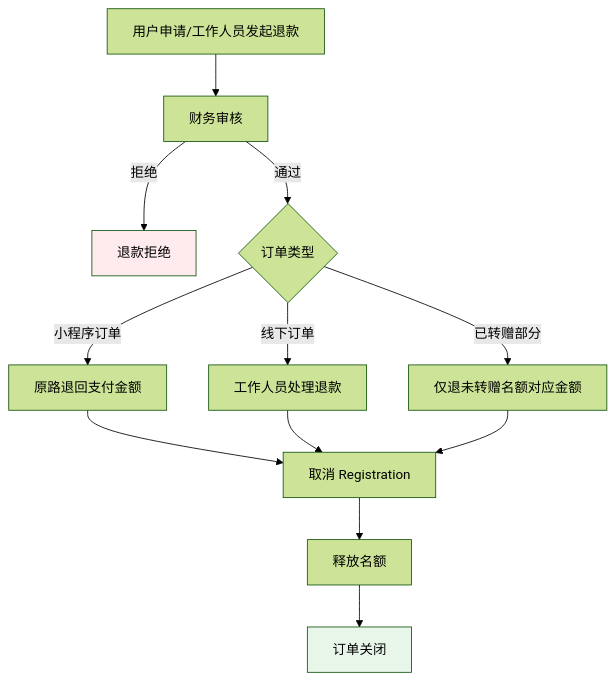
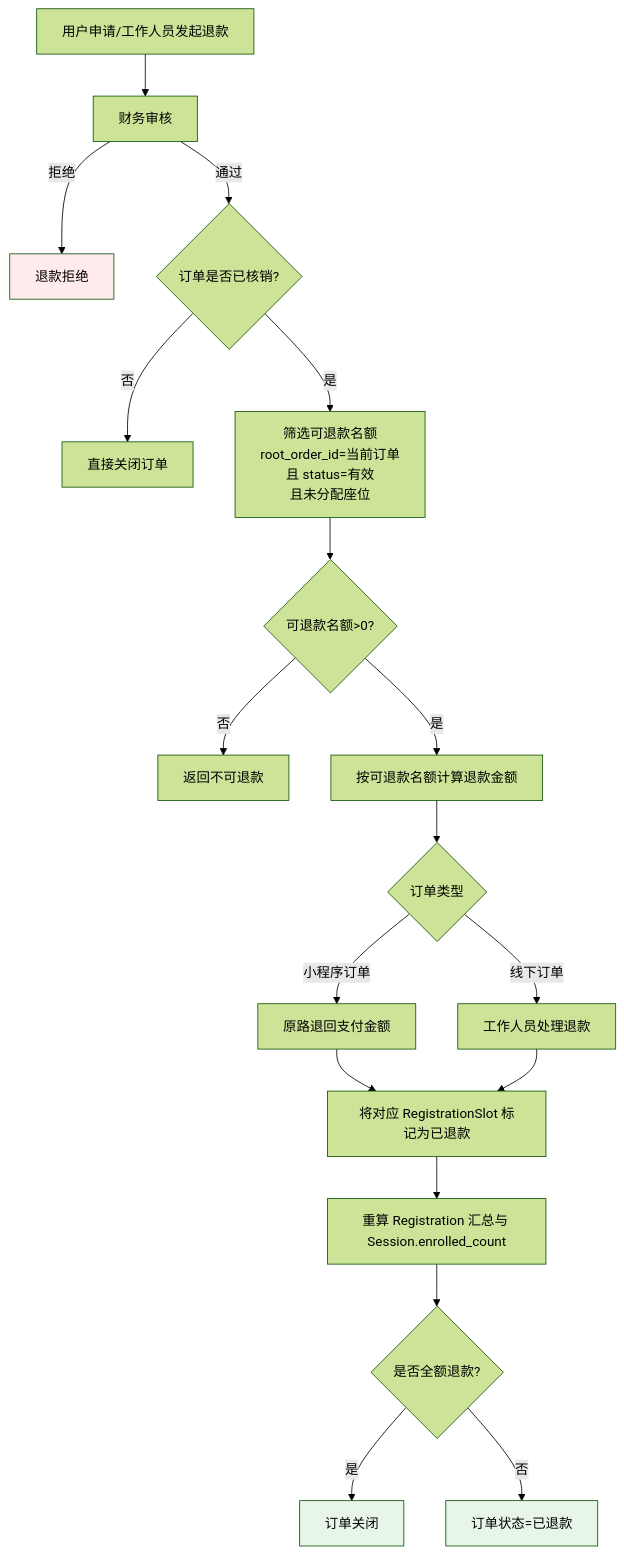
Before and after one commit to zingxy/side-job: the ninth of 9 diagrams in 课程培训平台/PRD.md, drawn with Mermaid (forest theme). The commit also changed other lines of this file, not shown here.

````diff
--- a/课程培训平台/PRD.md
+++ b/课程培训平台/PRD.md
@@ -778,19 +826,25 @@
 ```mermaid
 flowchart TD
     A[用户申请/工作人员发起退款] --> B[财务审核]
     B -->|拒绝| C[退款拒绝]
-    B -->|通过| D{订单类型}
+    B -->|通过| D{订单是否已核销?}
     
-    D -->|小程序订单| E[原路退回支付金额]
-    D -->|线下订单| F[工作人员处理退款]
-    D -->|已转赠部分| G[仅退未转赠名额对应金额]
-    
-    E --> H[取消 Registration]
-    F --> H
-    G --> H
-    H --> I[释放名额]
-    I --> J[订单关闭]
+    D -->|否| E[直接关闭订单]
+    D -->|是| F[筛选可退款名额<br/>root_order_id=当前订单<br/>且 status=有效<br/>且未分配座位]
+    F --> G{可退款名额>0?}
+    G -->|否| H[返回不可退款]
+    G -->|是| I[按可退款名额计算退款金额]
+    I --> J{订单类型}
+    J -->|小程序订单| K[原路退回支付金额]
+    J -->|线下订单| L[工作人员处理退款]
+    K --> M[将对应 RegistrationSlot 标记为已退款]
+    L --> M
+    M --> N[重算 Registration 汇总与 Session.enrolled_count]
+    N --> O{是否全额退款?}
+    O -->|是| P[订单关闭]
+    O -->|否| Q[订单状态=已退款]
     
     style C fill:#ffebee
-    style J fill:#e8f5e9
+    style P fill:#e8f5e9
+    style Q fill:#e8f5e9
 ```
````
